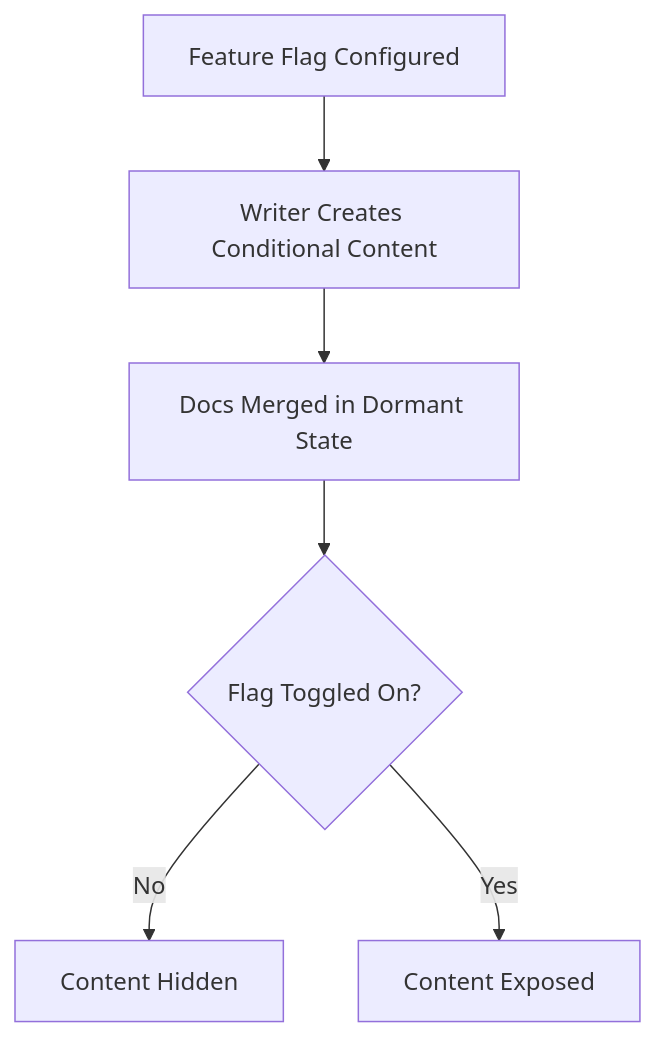
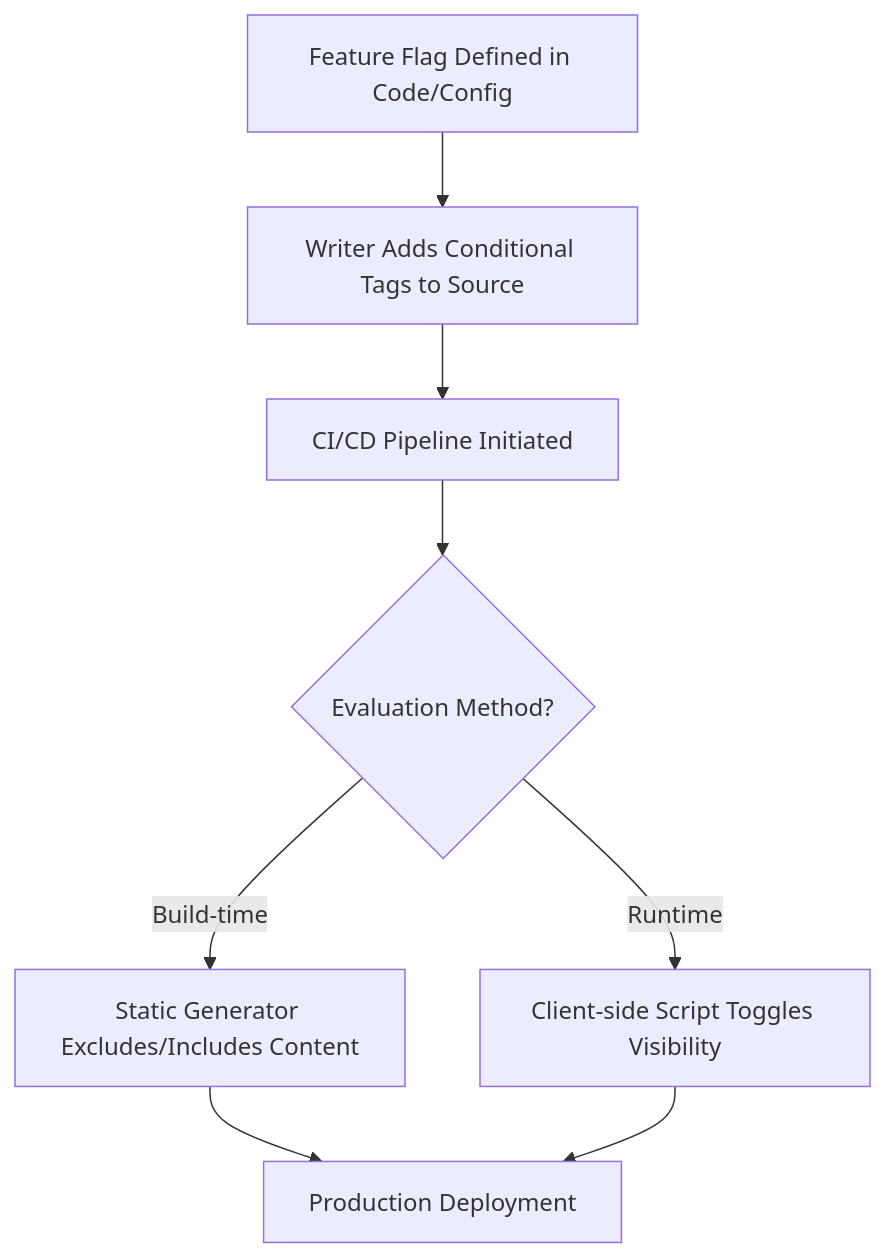
The diagram in docs/industry-terms/feature-flags.md (vaishvanara/techwritingkb), drawn with Mermaid before and after one commit. The commit also changed other lines of this file and 51 other files, not shown here.

````diff
--- a/docs/industry-terms/feature-flags.md
+++ b/docs/industry-terms/feature-flags.md
@@ -37,8 +37,10 @@
 ```mermaid
 graph TD
-    A[Feature Flag Configured] --> B[Writer Creates Conditional Content]
-    B --> C[Docs Merged in Dormant State]
-    C --> D{Flag Toggled On?}
-    D -- No --> E[Content Hidden]
-    D -- Yes --> F[Content Exposed]
+    A[Feature Flag Defined in Code/Config] --> B[Writer Adds Conditional Tags to Source]
+    B --> C[CI/CD Pipeline Initiated]
+    C --> D{Evaluation Method?}
+    D -- Build-time --> E[Static Generator Excludes/Includes Content]
+    D -- Runtime --> F[Client-side Script Toggles Visibility]
+    E --> G[Production Deployment]
+    F --> G[Production Deployment]
 ```
````
